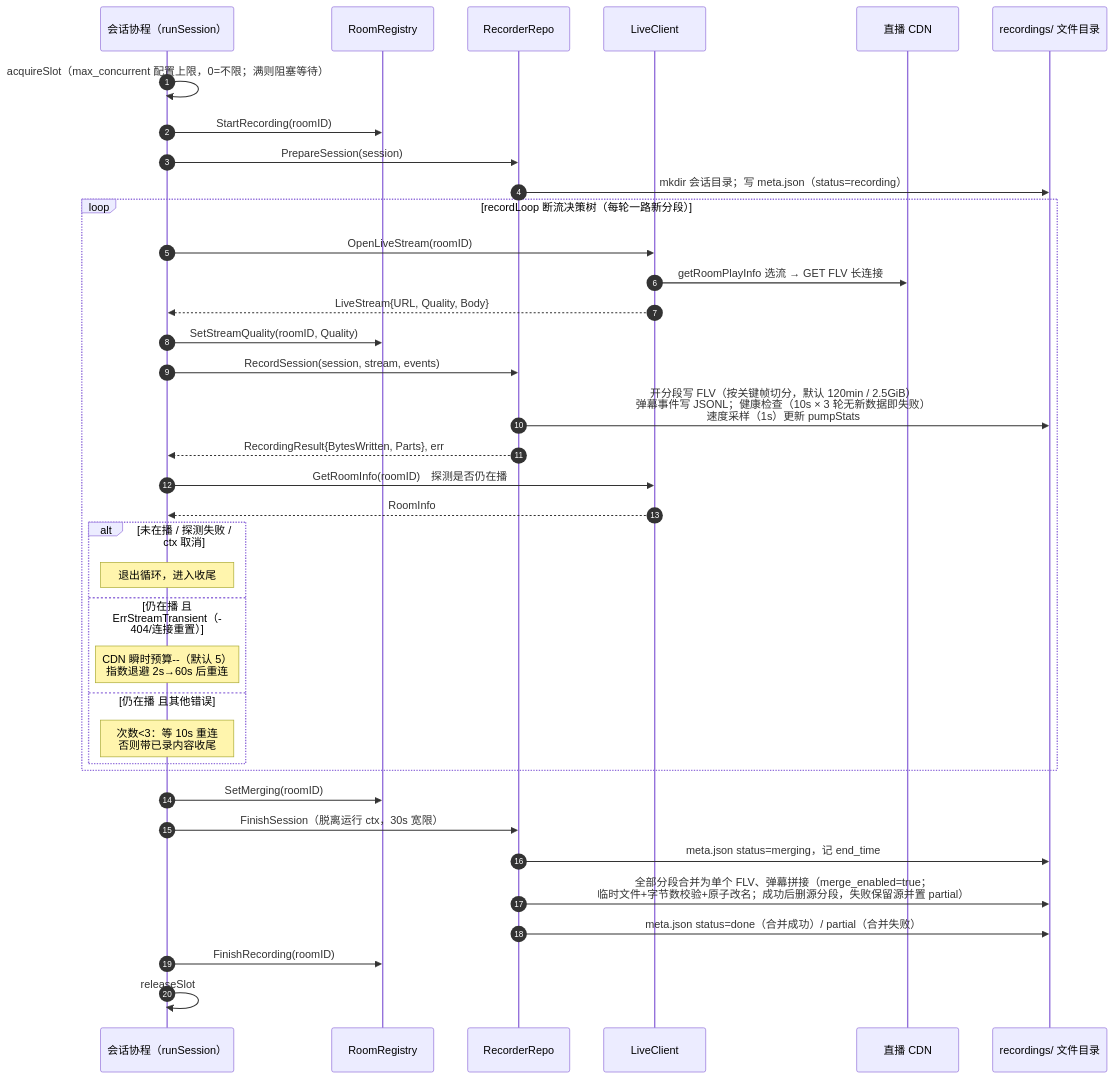
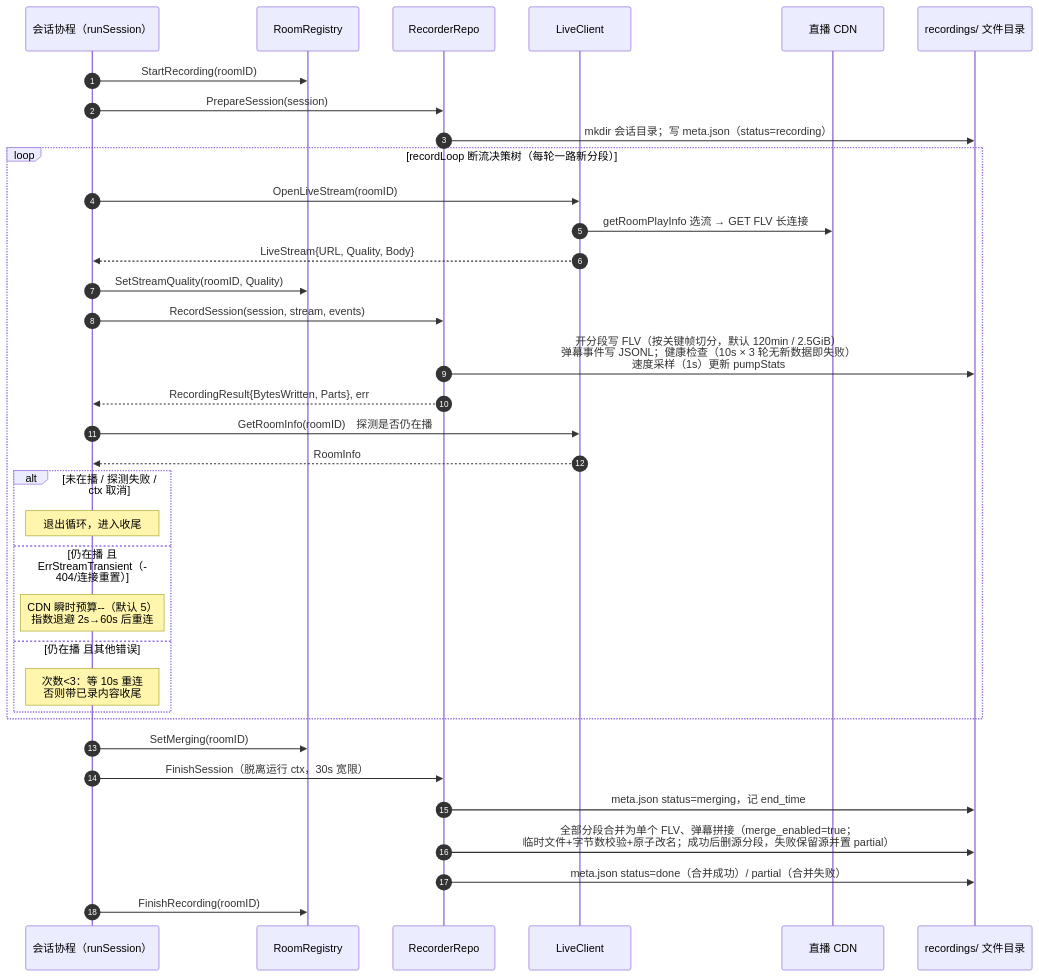
Before and after one commit to xgbt/suika: the fifth of 10 diagrams in docs/design/architecture-diagrams.md, drawn with Mermaid. The commit also changed 7 other files, not shown here.

Commit message:
feat(recorder): 移除 max_concurrent 配置，简化录制逻辑与文档

````diff
--- a/docs/design/architecture-diagrams.md
+++ b/docs/design/architecture-diagrams.md
@@ -244,42 +244,40 @@
 ```mermaid
 sequenceDiagram
     autonumber
     participant Sess as 会话协程（runSession）
     participant G as RoomRegistry
     participant RR as RecorderRepo
     participant LC as LiveClient
     participant CDN as 直播 CDN
     participant FS as recordings/ 文件目录
 
-    Sess->>Sess: acquireSlot（max_concurrent 配置上限，0=不限；满则阻塞等待）
     Sess->>G: StartRecording(roomID)
     Sess->>RR: PrepareSession(session)
     RR->>FS: mkdir 会话目录；写 meta.json（status=recording）
 
     loop recordLoop 断流决策树（每轮一路新分段）
         Sess->>LC: OpenLiveStream(roomID)
         LC->>CDN: getRoomPlayInfo 选流 → GET FLV 长连接
         LC-->>Sess: LiveStream{URL, Quality, Body}
         Sess->>G: SetStreamQuality(roomID, Quality)
         Sess->>RR: RecordSession(session, stream, events)
         RR->>FS: 开分段写 FLV（按关键帧切分，默认 120min / 2.5GiB）<br/>弹幕事件写 JSONL；健康检查（10s × 3 轮无新数据即失败）<br/>速度采样（1s）更新 pumpStats
         RR-->>Sess: RecordingResult{BytesWritten, Parts}, err
         Sess->>LC: GetRoomInfo(roomID)　探测是否仍在播
         LC-->>Sess: RoomInfo
         alt 未在播 / 探测失败 / ctx 取消
             Note over Sess: 退出循环，进入收尾
         else 仍在播 且 ErrStreamTransient（404/连接重置）
             Note over Sess: CDN 瞬时预算--（默认 5）<br/>指数退避 2s→60s 后重连
         else 仍在播 且其他错误
             Note over Sess: 次数<3：等 10s 重连<br/>否则带已录内容收尾
         end
     end
 
     Sess->>G: SetMerging(roomID)
     Sess->>RR: FinishSession（脱离运行 ctx，30s 宽限）
     RR->>FS: meta.json status=merging，记 end_time
     RR->>FS: 全部分段合并为单个 FLV、弹幕拼接（merge_enabled=true；<br/>临时文件+字节数校验+原子改名；成功后删源分段，失败保留源并置 partial）
     RR->>FS: meta.json status=done（合并成功）/ partial（合并失败）
     Sess->>G: FinishRecording(roomID)
-    Sess->>Sess: releaseSlot
 ```
````
